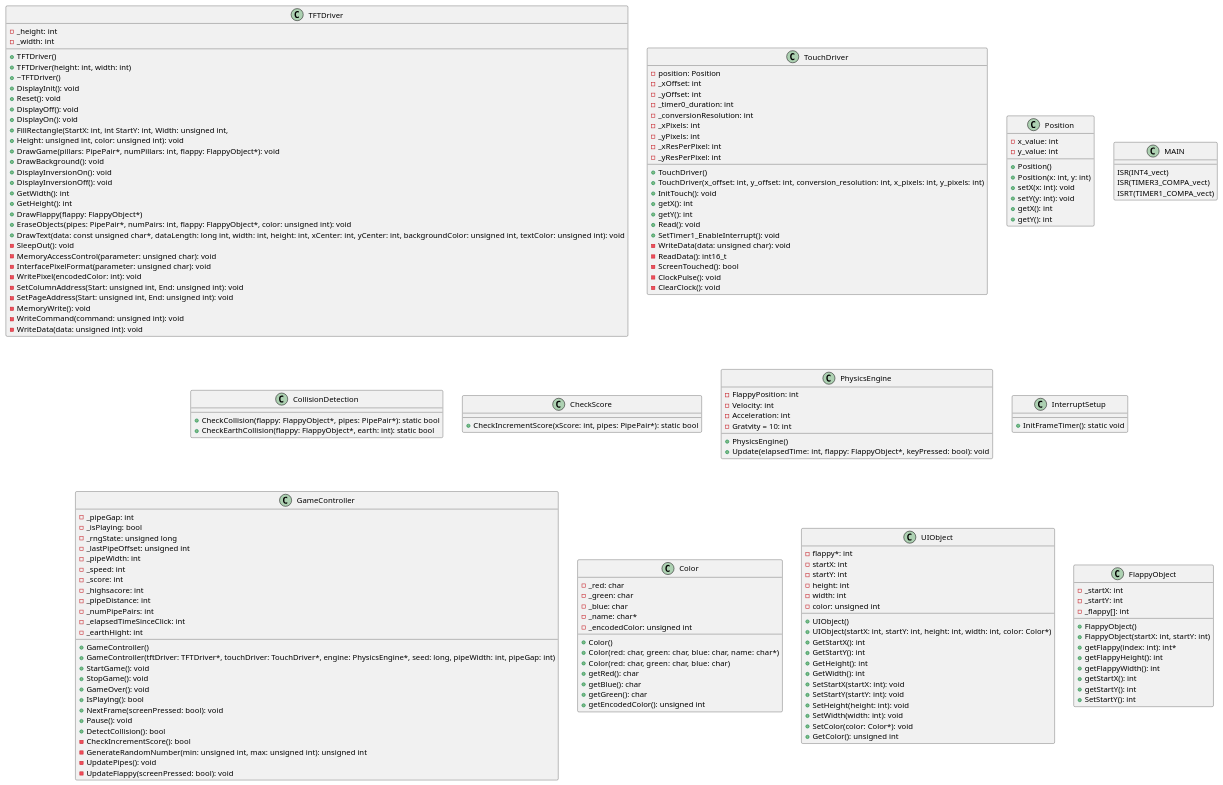
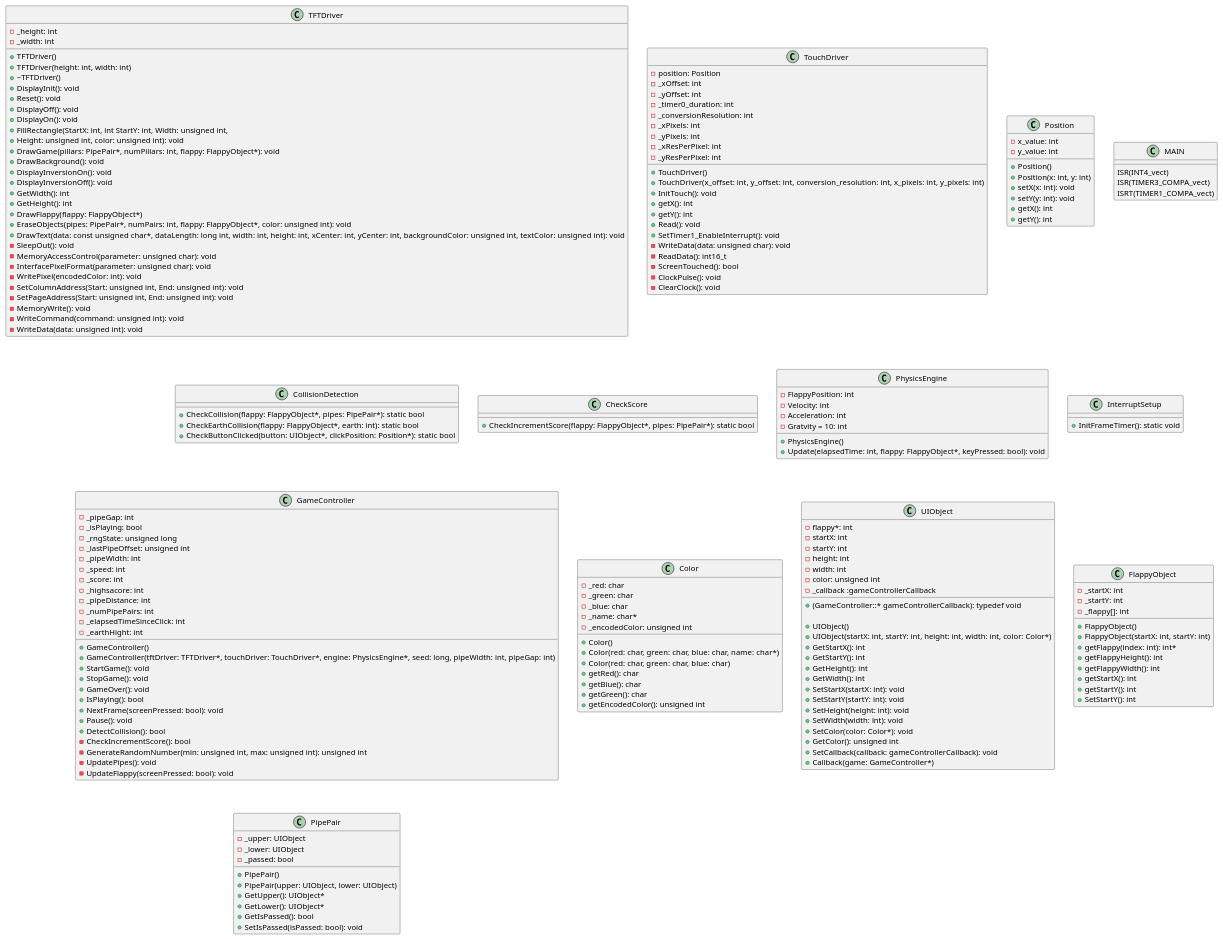
The diagram in Projekt/diagrams/FlappyBird.wsd (Valdemartt/AMS), drawn with PlantUML before and after one commit. The commit also changed 2 other files, not shown here.

Commit message:
added new things to big class diagram

```diff
--- a/Projekt/diagrams/FlappyBird.wsd
+++ b/Projekt/diagrams/FlappyBird.wsd
@@ -80,11 +80,12 @@
 {
     +CheckCollision(flappy: FlappyObject*, pipes: PipePair*): static bool
     +CheckEarthCollision(flappy: FlappyObject*, earth: int): static bool
+    +CheckButtonClicked(button: UIObject*, clickPosition: Position*): static bool
 }
 
 class CheckScore
 {
-    +CheckIncrementScore(xScore: int, pipes: PipePair*): static bool
+    +CheckIncrementScore(flappy: FlappyObject*, pipes: PipePair*): static bool
 }
 
 class PhysicsEngine
@@ -149,6 +150,8 @@
 
 class UIObject
 {
+    +(GameController::* gameControllerCallback): typedef void
+
     +UIObject()
     +UIObject(startX: int, startY: int, height: int, width: int, color: Color*)
     +GetStartX(): int
@@ -161,12 +164,15 @@
     +SetWidth(width: int): void
     +SetColor(color: Color*): void
     +GetColor(): unsigned int
+    +SetCallback(callback: gameControllerCallback): void
+    +Callback(game: GameController*)
     -flappy*: int
     -startX: int
     -startY: int
     -height: int
     -width: int
     -color: unsigned int
+    -_callback :gameControllerCallback
 }
 
 class FlappyObject
@@ -183,4 +189,17 @@
     -_startY: int
     -_flappy[]: int
 }
+
+class PipePair
+{
+    +PipePair()
+    +PipePair(upper: UIObject, lower: UIObject)
+    +GetUpper(): UIObject*
+    +GetLower(): UIObject*
+    +GetIsPassed(): bool
+    +SetIsPassed(isPassed: bool): void
+    -_upper: UIObject
+    -_lower: UIObject
+    -_passed: bool
+}
 @enduml
```
